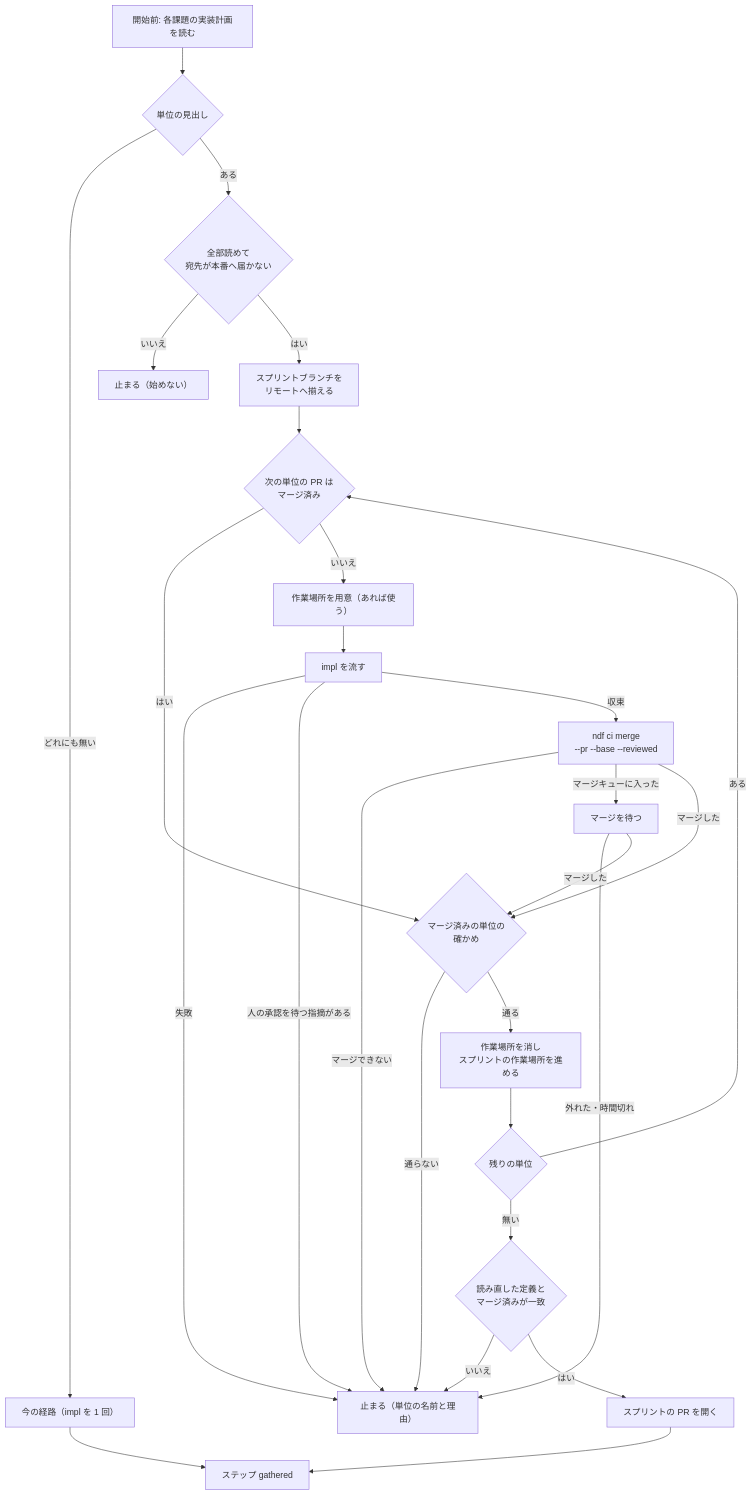
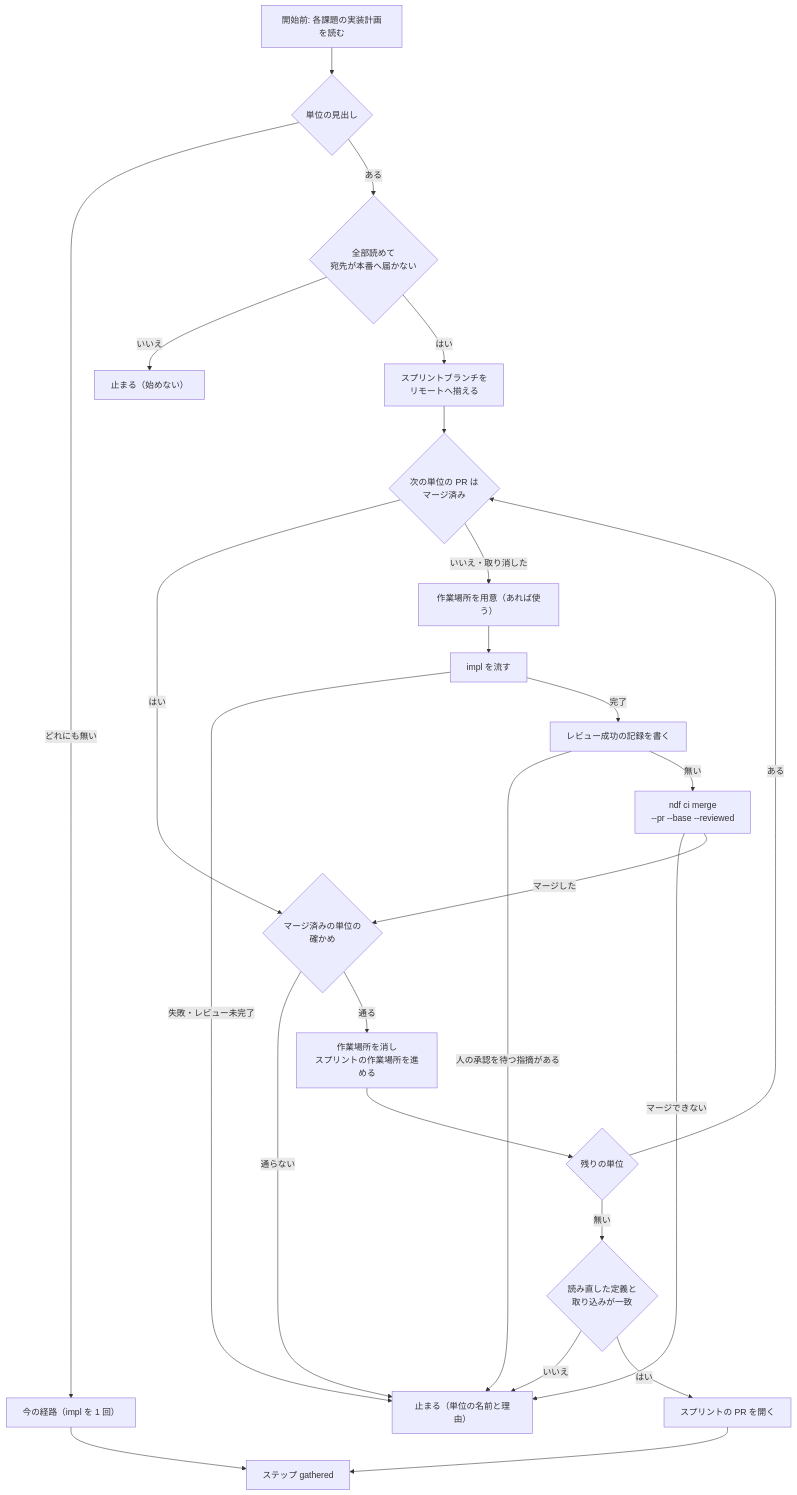
The third of 3 diagrams in issues/issue-4369-design.md (devbasex/ai-plugins), drawn with Mermaid before and after one commit. The commit also changed other lines of this file, not shown here.

````diff
--- a/issues/issue-4369-design.md
+++ b/issues/issue-4369-design.md
@@ -171,29 +173,27 @@
 ```mermaid
 flowchart TB
   A["開始前: 各課題の実装計画を読む"] --> B{"単位の見出し"}
   B -->|どれにも無い| C["今の経路（impl を 1 回）"]
   B -->|ある| D{"全部読めて<br/>宛先が本番へ届かない"}
   D -->|いいえ| E["止まる（始めない）"]
   D -->|はい| F["スプリントブランチを<br/>リモートへ揃える"]
   F --> H{"次の単位の PR は<br/>マージ済み"}
   H -->|はい| V
-  H -->|いいえ| W["作業場所を用意（あれば使う）"]
+  H -->|いいえ・取り消した| W["作業場所を用意（あれば使う）"]
   W --> P["impl を流す"]
-  P -->|失敗| X["止まる（単位の名前と理由）"]
-  P -->|人の承認を待つ指摘がある| X
-  P -->|収束| M["ndf ci merge<br/>--pr --base --reviewed"]
+  P -->|失敗・レビュー未完了| X["止まる（単位の名前と理由）"]
+  P -->|完了| S["レビュー成功の記録を書く"]
+  S -->|人の承認を待つ指摘がある| X
+  S -->|無い| M["ndf ci merge<br/>--pr --base --reviewed"]
   M -->|マージできない| X
-  M -->|マージキューに入った| Q["マージを待つ"]
-  Q -->|外れた・時間切れ| X
-  Q -->|マージした| V{"マージ済みの単位の<br/>確かめ"}
-  M -->|マージした| V
+  M -->|マージした| V{"マージ済みの単位の<br/>確かめ"}
   V -->|通らない| X
   V -->|通る| Y["作業場所を消し<br/>スプリントの作業場所を進める"]
   Y --> N{"残りの単位"}
   N -->|ある| H
-  N -->|無い| R{"読み直した定義と<br/>マージ済みが一致"}
+  N -->|無い| R{"読み直した定義と<br/>取り込みが一致"}
   R -->|いいえ| X
   R -->|はい| Z["スプリントの PR を開く"]
   Z --> G["ステップ gathered"]
   C --> G
 ```
````
